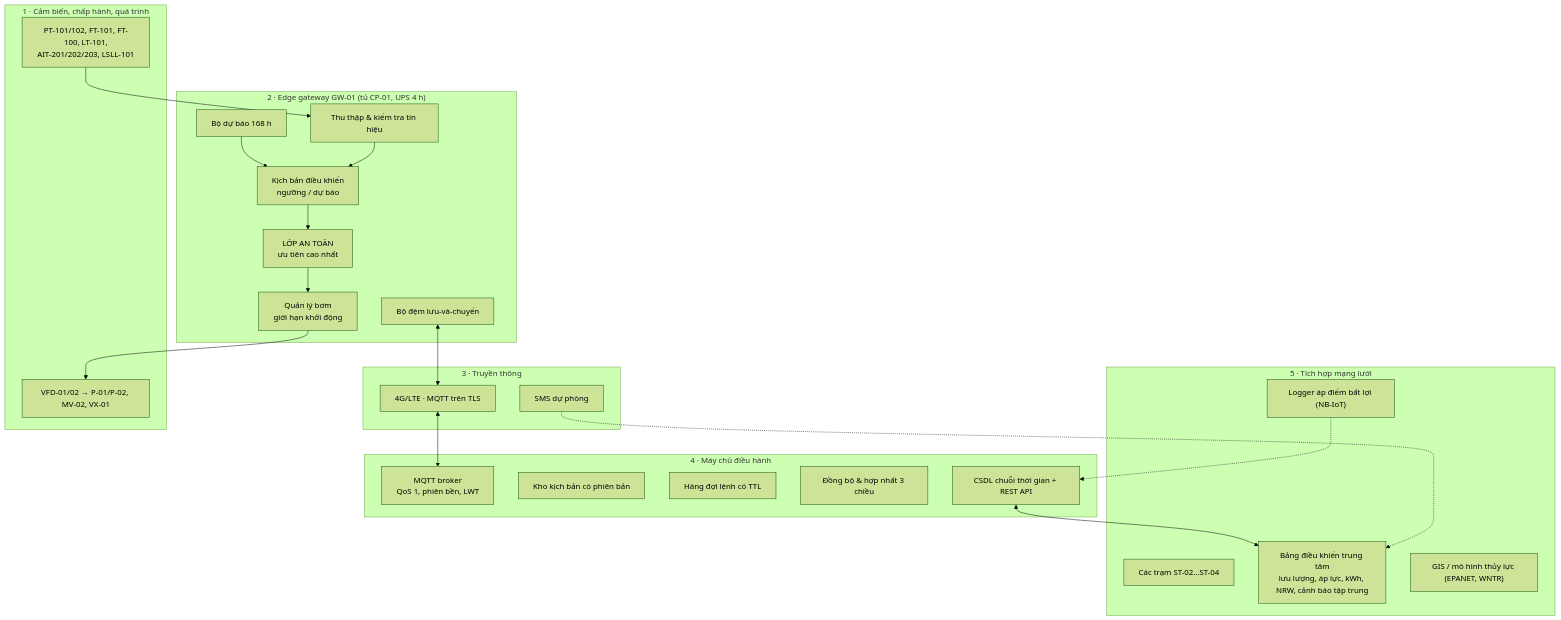
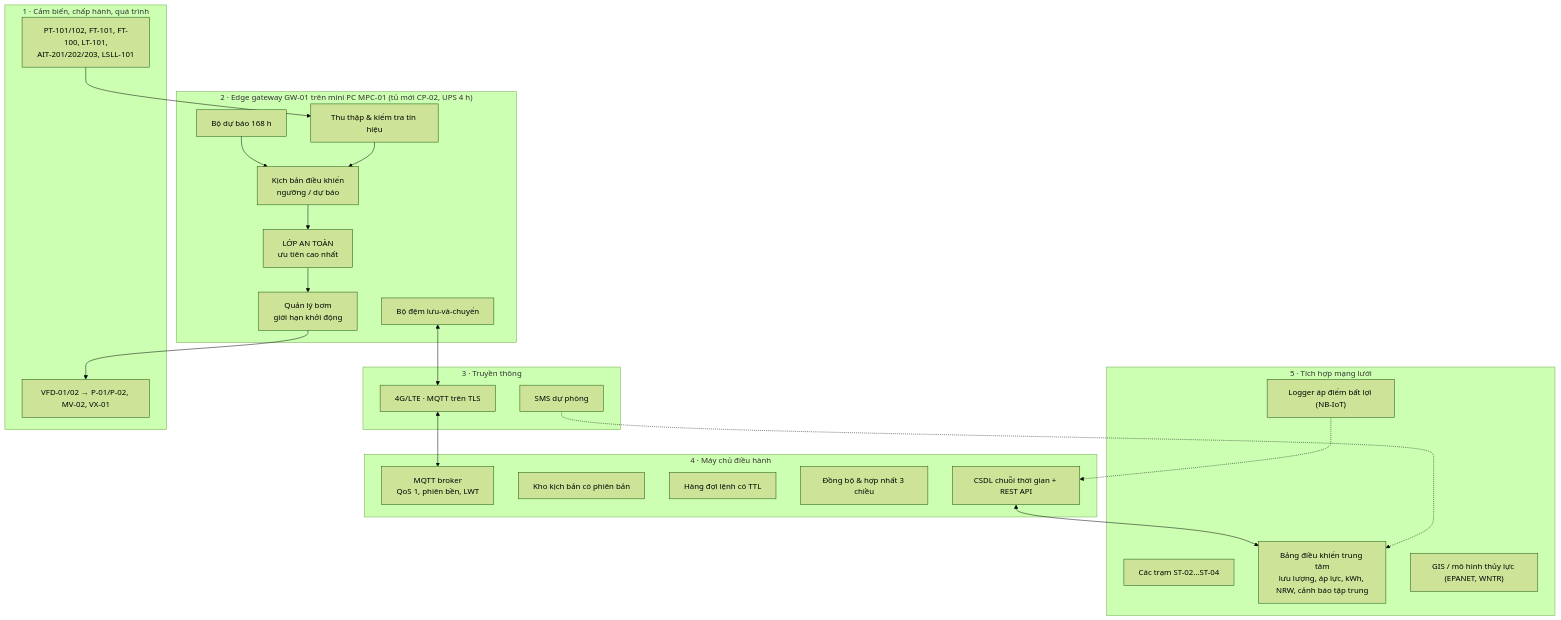
Before and after one commit to elitecapital-lab/simulator-trambom: the first of 3 diagrams in docs/01-kien-truc-he-thong.md, drawn with Mermaid (forest theme). The commit also changed other lines of this file and 43 other files, not shown here.

````diff
--- a/docs/01-kien-truc-he-thong.md
+++ b/docs/01-kien-truc-he-thong.md
@@ -19,38 +19,38 @@
 ```mermaid
 flowchart TB
   subgraph L5["5 · Tích hợp mạng lưới"]
     N1["Các trạm ST-02…ST-04"]
     N2["Logger áp điểm bất lợi (NB-IoT)"]
     N3["Bảng điều khiển trung tâm<br/>lưu lượng, áp lực, kWh, NRW, cảnh báo tập trung"]
     N4["GIS / mô hình thủy lực (EPANET, WNTR)"]
   end
   subgraph L4["4 · Máy chủ điều hành"]
     S1["MQTT broker<br/>QoS 1, phiên bền, LWT"]
     S2["Kho kịch bản có phiên bản"]
     S3["Hàng đợi lệnh có TTL"]
     S4["Đồng bộ & hợp nhất 3 chiều"]
     S5["CSDL chuỗi thời gian + REST API"]
   end
   subgraph L3["3 · Truyền thông"]
     C1["4G/LTE · MQTT trên TLS"]
     C2["SMS dự phòng"]
   end
-  subgraph L2["2 · Edge gateway GW-01 (tủ CP-01, UPS 4 h)"]
+  subgraph L2["2 · Edge gateway GW-01 trên mini PC MPC-01 (tủ mới CP-02, UPS 4 h)"]
     G1["Thu thập & kiểm tra tín hiệu"] --> G2["Kịch bản điều khiển<br/>ngưỡng / dự báo"]
     G2 --> G3["LỚP AN TOÀN<br/>ưu tiên cao nhất"]
     G3 --> G4["Quản lý bơm<br/>giới hạn khởi động"]
     G5["Bộ đệm lưu-và-chuyển"]
     G6["Bộ dự báo 168 h"] --> G2
   end
   subgraph L1["1 · Cảm biến, chấp hành, quá trình"]
     P1["PT-101/102, FT-101, FT-100, LT-101,<br/>AIT-201/202/203, LSLL-101"]
     P2["VFD-01/02 → P-01/P-02, MV-02, VX-01"]
   end
   P1 --> G1
   G4 --> P2
   G5 <--> C1
   C1 <--> S1
   C2 -.-> N3
   S5 <--> N3
   N2 -.-> S5
 ```
````
